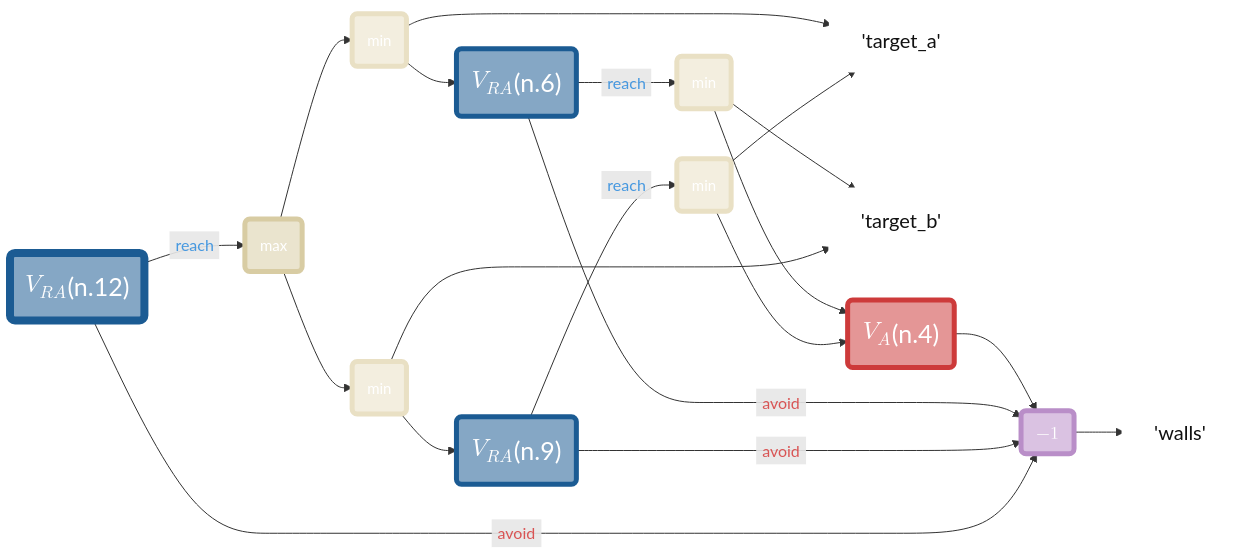
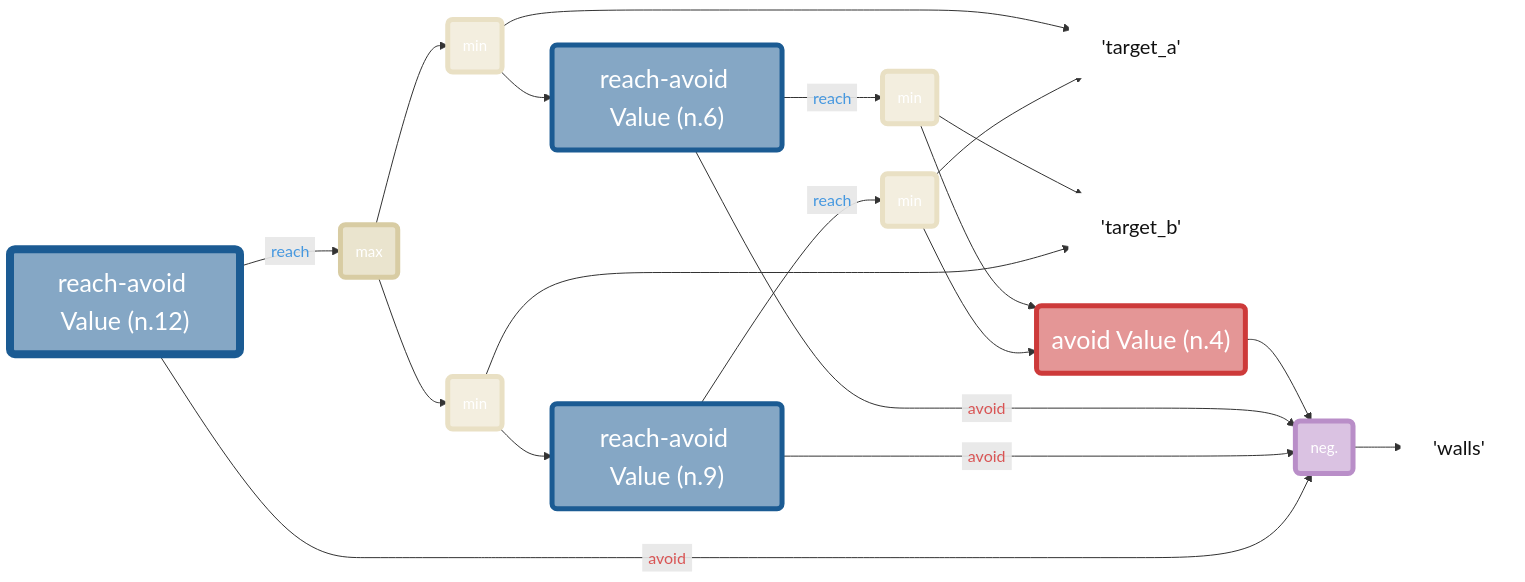
One commit to willsharpless/valtr changed the diagram in value_tree_dag.mmd. Above: the diagram before and after it, drawn with Mermaid. The commit also changed 2 other files, not shown here.

```diff
--- a/value_tree_dag.mmd
+++ b/value_tree_dag.mmd
@@ -1,57 +1,57 @@
 %%{init: {"theme":"base","htmlLabels":true,"flowchart":{"padding":8},"themeVariables":{"background":"#FFFFFF00","fontFamily":"JetBrains Mono, Roboto Mono, Menlo, Consolas, monospace","edgeLabelBackground":"#FFFFFF","lineColor":"#2c3e50","defaultLinkColor":"#2c3e50"},"themeCSS":".edgeLabel rect { fill: #FFFFFF !important; stroke: #2c3e50 !important; stroke-width: 1px !important; rx: 999px; ry: 999px; } .edgeLabel span, .edgeLabel p { background: transparent !important; } .edgeLabel foreignObject { background: transparent !important; } .labelBkg { fill: #FFFFFF !important; } .flowchart-link, .edgePath path, .edge-thickness-normal, .edge-thickness-thick { stroke: #2c3e50 !important; stroke-width: 2.25px !important; fill: none !important; } .arrowheadPath { stroke: #2c3e50 !important; stroke-width: 2.25px !important; fill: #2c3e50 !important; } svg { background-color: transparent; }"}%%
 flowchart LR
     n0@{ shape: rectangle, label: "'target_a'" }
     n1@{ shape: rectangle, label: "'target_b'" }
     n2@{ shape: rectangle, label: "'walls'" }
-    n3@{ shape: rounded, label: "$$-1$$" }
-    n4@{ shape: rounded, label: "$$V_{A}$$ (n.4)" }
+    n3@{ shape: rounded, label: "neg." }
+    n4@{ shape: rounded, label: "avoid Value (n.4)" }
     n5@{ shape: rounded, label: "min" }
-    n6@{ shape: rounded, label: "$$V_{RA}$$ (n.6)" }
+    n6@{ shape: rounded, label: "reach-avoid Value (n.6)" }
     n7@{ shape: rounded, label: "min" }
     n8@{ shape: rounded, label: "min" }
-    n9@{ shape: rounded, label: "$$V_{RA}$$ (n.9)" }
+    n9@{ shape: rounded, label: "reach-avoid Value (n.9)" }
     n10@{ shape: rounded, label: "min" }
     n11@{ shape: rounded, label: "max" }
-    n12@{ shape: rounded, label: "$$V_{RA}$$ (n.12)" }
+    n12@{ shape: rounded, label: "reach-avoid Value (n.12)" }
     n3 --> n2
     n4 --> n3
     n5 --> n1
     n5 --> n4
     n6 -->|<span style="display:inline-block;padding:2px 6px;border-radius:999px;background:#FFFFFFF5;border:1px solid #86AECBF5;color:#4698E0 !important;opacity:1;">reach</span>| n5
     n6 -->|<span style="display:inline-block;padding:2px 6px;border-radius:999px;background:#F7DDDDF5;border:1px solid #D99898F5;color:#D95454 !important;opacity:1;">avoid</span>| n3
     n7 --> n0
     n7 --> n6
     n8 --> n0
     n8 --> n4
     n9 -->|<span style="display:inline-block;padding:2px 6px;border-radius:999px;background:#FFFFFFF5;border:1px solid #86AECBF5;color:#4698E0 !important;opacity:1;">reach</span>| n8
     n9 -->|<span style="display:inline-block;padding:2px 6px;border-radius:999px;background:#F7DDDDF5;border:1px solid #D99898F5;color:#D95454 !important;opacity:1;">avoid</span>| n3
     n10 --> n1
     n10 --> n9
     n11 --> n7
     n11 --> n10
     n12 -->|<span style="display:inline-block;padding:2px 6px;border-radius:999px;background:#FFFFFFF5;border:1px solid #86AECBF5;color:#4698E0 !important;opacity:1;">reach</span>| n11
     n12 -->|<span style="display:inline-block;padding:2px 6px;border-radius:999px;background:#F7DDDDF5;border:1px solid #D99898F5;color:#D95454 !important;opacity:1;">avoid</span>| n3
     class n0 var;
     class n1 var;
     class n2 var;
     class n3 negate;
     class n4 avoid;
     class n5 min;
     class n6 reachavoid;
     class n7 min;
     class n8 min;
     class n9 reachavoid;
     class n10 min;
     class n11 max;
     class n12 reachavoid;
     classDef const fill:#95a5a688,stroke:#95a5a6,color:#111111,stroke-width:5px,font-size:25px;
     classDef var fill:#FFFFFF88,stroke:#FFFFFF,color:#111111,stroke-width:5px,font-size:20px;
     classDef min fill:#E9E0C488,stroke:#E9E0C4,color:#FFFFFF,stroke-width:5px,font-size:15px;
     classDef max fill:#D8CCA388,stroke:#D8CCA3,color:#FFFFFF,stroke-width:5px,font-size:15px;
     classDef reachavoid fill:#1B5B9388,stroke:#1B5B93,color:#FFFFFF,stroke-width:5px,font-size:25px;
     classDef avoid fill:#CD3A3A88,stroke:#CD3A3A,color:#FFFFFF,stroke-width:5px,font-size:25px;
     classDef reach fill:#1B5B9388,stroke:#1B5B93,color:#FFFFFF,stroke-width:5px,font-size:25px;
     classDef gu fill:#3AA65588,stroke:#3AA655,color:#111111,stroke-width:5px,font-size:25px;
     classDef gumin fill:#3AA65588,stroke:#3AA655,color:#111111,stroke-width:5px,font-size:25px;
-    classDef negate fill:#B98EC888,stroke:#B98EC8,color:#FFFFFF,stroke-width:5px,font-size:18px;
+    classDef negate fill:#B98EC888,stroke:#B98EC8,color:#FFFFFF,stroke-width:5px,font-size:15px;
     style n12 stroke:#1B5B93,stroke-width:8px;
```
